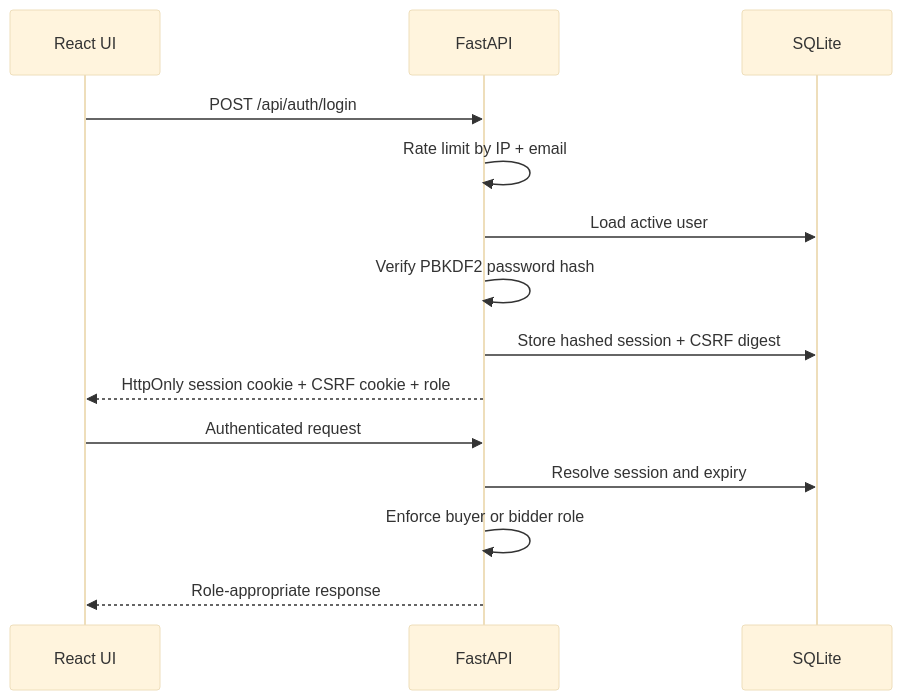
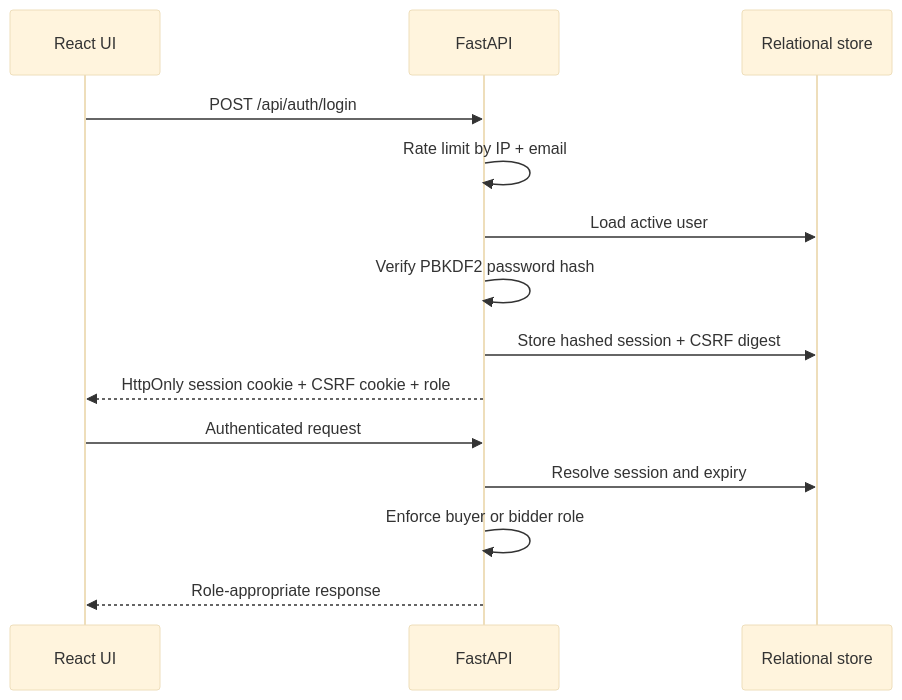
One commit to Autistic-coder/go-comet changed the second of 3 diagrams in docs/architecture.md. Above: the diagram before and after it, drawn with Mermaid (base theme). The commit also changed other lines of this file and 17 other files, not shown here.

````diff
--- a/docs/architecture.md
+++ b/docs/architecture.md
@@ -32,16 +33,16 @@
 ```mermaid
 sequenceDiagram
     participant UI as React UI
     participant API as FastAPI
-    participant DB as SQLite
+    participant DB as Relational store
     UI->>API: POST /api/auth/login
     API->>API: Rate limit by IP + email
     API->>DB: Load active user
     API->>API: Verify PBKDF2 password hash
     API->>DB: Store hashed session + CSRF digest
     API-->>UI: HttpOnly session cookie + CSRF cookie + role
     UI->>API: Authenticated request
     API->>DB: Resolve session and expiry
     API->>API: Enforce buyer or bidder role
     API-->>UI: Role-appropriate response
 ```
````
